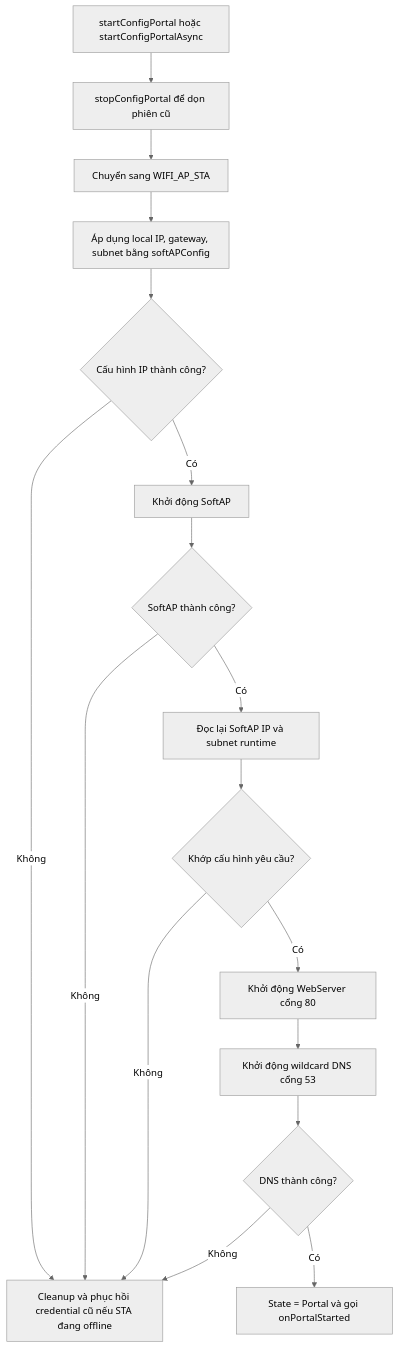
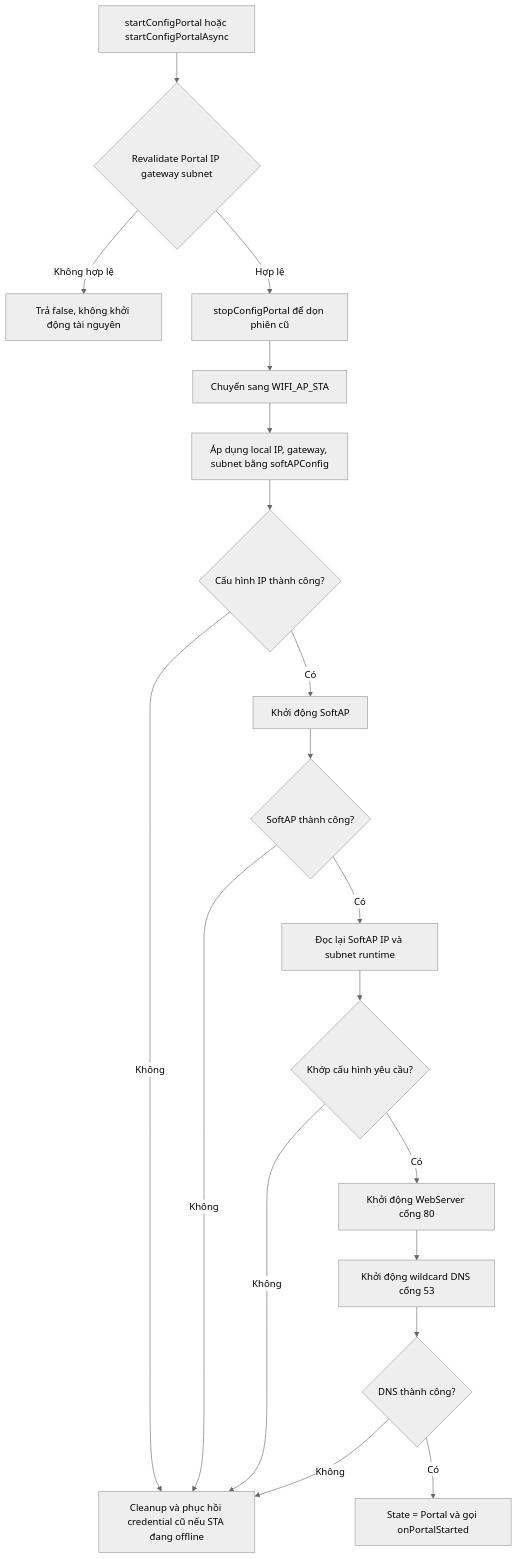
The third of 8 diagrams in docs/FlowChart.md (NguyenHien-8/ESP32WiFiPortal), drawn with Mermaid (neutral theme) before and after one commit. The commit also changed other lines of this file and 30 other files, not shown here.

````diff
--- a/docs/FlowChart.md
+++ b/docs/FlowChart.md
@@ -56,19 +56,21 @@
 ```mermaid
 flowchart TD
-    A[startConfigPortal hoặc startConfigPortalAsync] --> B[stopConfigPortal để dọn phiên cũ]
+    A[startConfigPortal hoặc startConfigPortalAsync] --> V{Revalidate Portal IP gateway subnet}
+    V -- Không hợp lệ --> Y[Trả false, không khởi động tài nguyên]
+    V -- Hợp lệ --> B[stopConfigPortal để dọn phiên cũ]
     B --> C[Chuyển sang WIFI_AP_STA]
     C --> D[Áp dụng local IP, gateway, subnet bằng softAPConfig]
     D --> E{Cấu hình IP thành công?}
     E -- Không --> X[Cleanup và phục hồi credential cũ nếu STA đang offline]
     E -- Có --> F[Khởi động SoftAP]
     F --> G{SoftAP thành công?}
     G -- Không --> X
     G -- Có --> H[Đọc lại SoftAP IP và subnet runtime]
     H --> I{Khớp cấu hình yêu cầu?}
     I -- Không --> X
     I -- Có --> J[Khởi động WebServer cổng 80]
     J --> K[Khởi động wildcard DNS cổng 53]
     K --> L{DNS thành công?}
     L -- Không --> X
     L -- Có --> M[State = Portal và gọi onPortalStarted]
 ```
````
